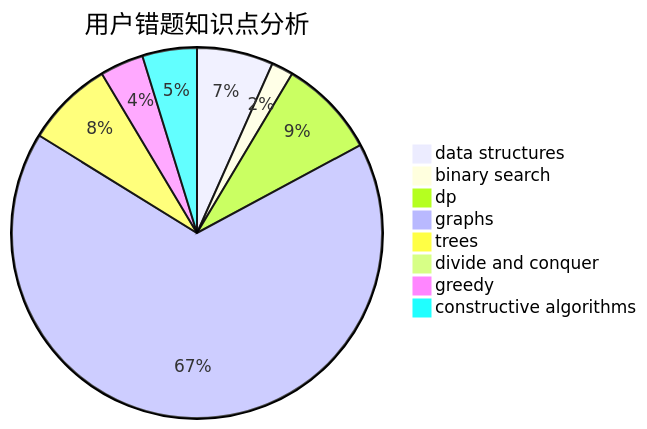
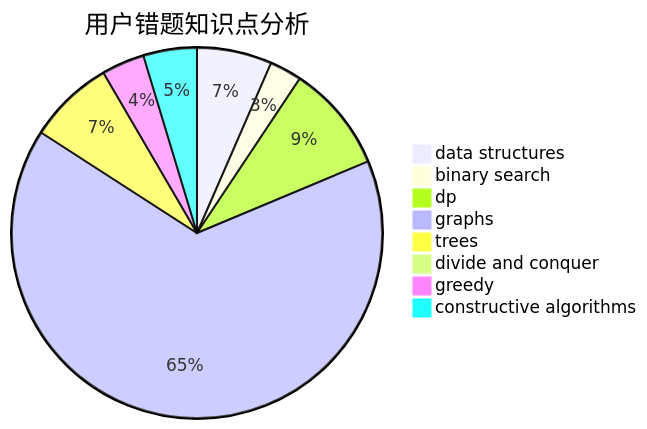
Before and after one commit to sherpahu/cfrs.github.io: the third of 3 diagrams in docs/user/u950.md, drawn with Mermaid. The commit also changed other lines of this file and 2770 other files, not shown here.

````diff
--- a/docs/user/u950.md
+++ b/docs/user/u950.md
@@ -36,11 +36,11 @@
 ```mermaid
 pie title 用户错题知识点分析
     "data structures" :  7
-    "binary search" :  2
-    "dp" :  9
+    "binary search" :  3
+    "dp" :  10
     "graphs" :  70
     "trees" :  8
     "divide and conquer" :  0
     "greedy" :  4
     "constructive algorithms" :  5
 ```
````
